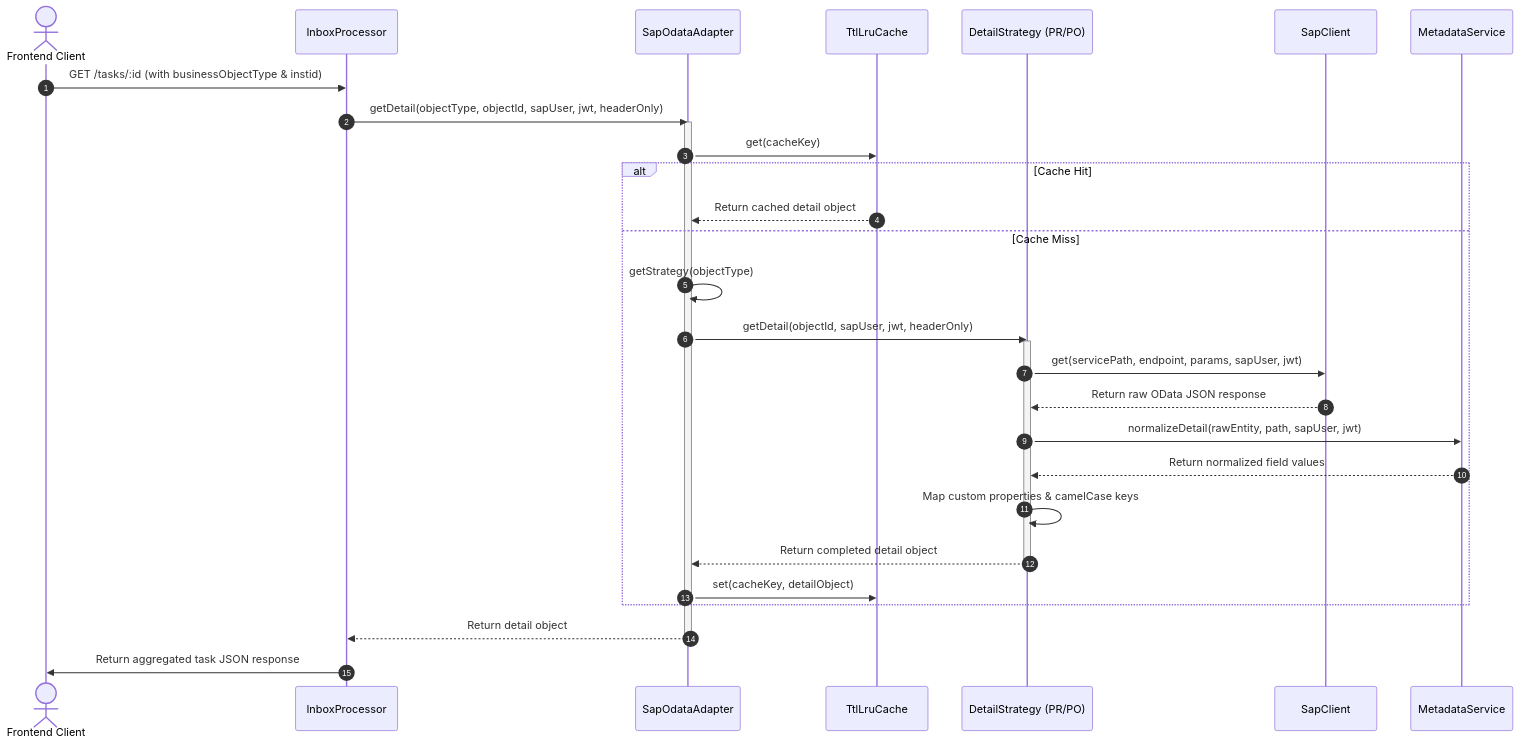
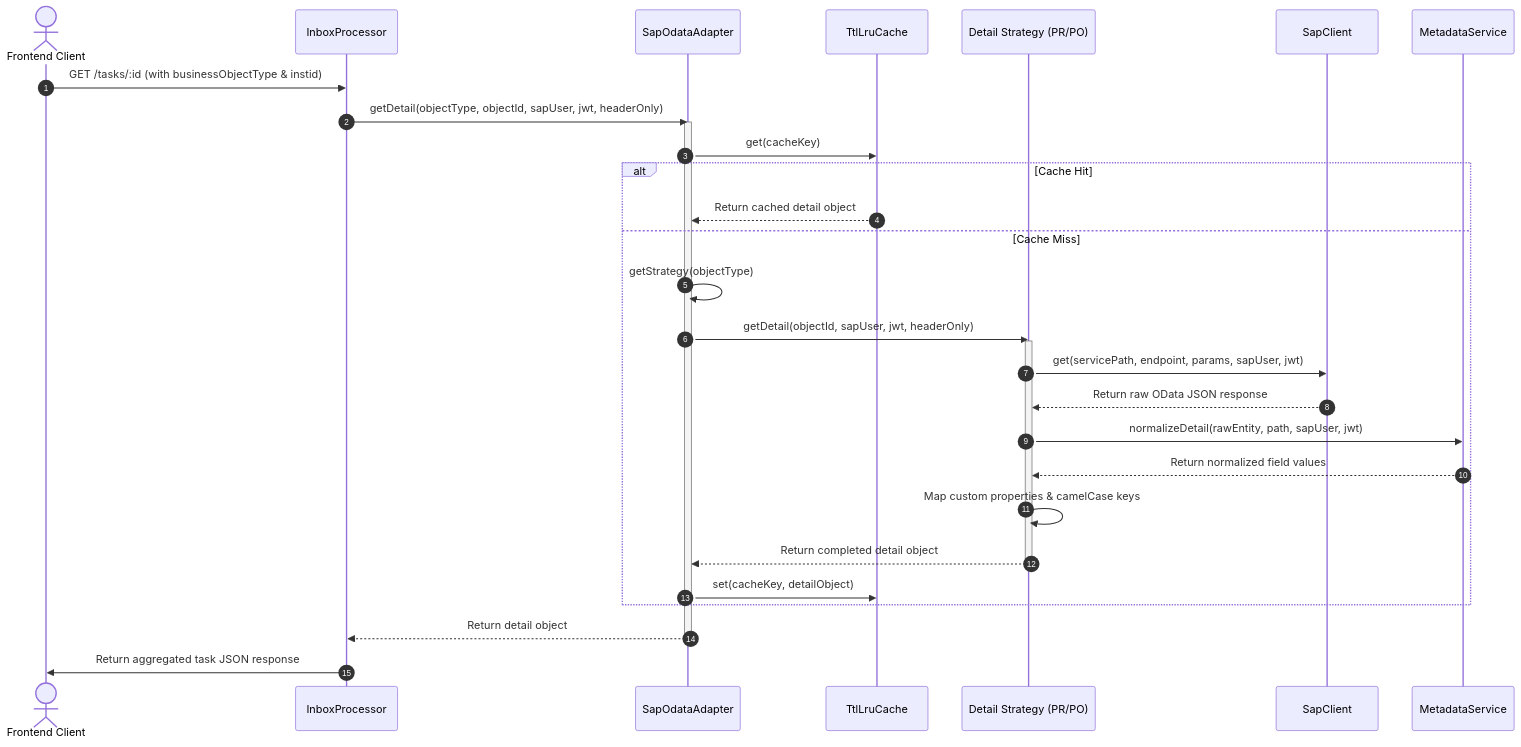
Before and after one commit to mindinh/approval-app: the second of 2 diagrams in docs/technical/01-architecture/01-overview.md, drawn with Mermaid. The commit also changed other lines of this file and 16 other files, not shown here.

````diff
--- a/docs/technical/01-architecture/01-overview.md
+++ b/docs/technical/01-architecture/01-overview.md
@@ -67,40 +67,40 @@
 ```mermaid
 sequenceDiagram
     autonumber
     actor Client as Frontend Client
     participant Processor as InboxProcessor
     participant Adapter as SapOdataAdapter
     participant Cache as TtlLruCache
-    participant Strategy as DetailStrategy (PR/PO)
+    participant Strategy as Detail Strategy (PR/PO)
     participant ClientSDK as SapClient
     participant Meta as MetadataService
 
     Client->>Processor: GET /tasks/:id (with businessObjectType & instid)
     Processor->>Adapter: getDetail(objectType, objectId, sapUser, jwt, headerOnly)
     
     activate Adapter
     Adapter->>Cache: get(cacheKey)
     alt Cache Hit
         Cache-->>Adapter: Return cached detail object
     else Cache Miss
         Adapter->>Adapter: getStrategy(objectType)
         Adapter->>Strategy: getDetail(objectId, sapUser, jwt, headerOnly)
         activate Strategy
         
         Strategy->>ClientSDK: get(servicePath, endpoint, params, sapUser, jwt)
         ClientSDK-->>Strategy: Return raw OData JSON response
         
         Strategy->>Meta: normalizeDetail(rawEntity, path, sapUser, jwt)
         Meta-->>Strategy: Return normalized field values
         
         Strategy->>Strategy: Map custom properties & camelCase keys
         Strategy-->>Adapter: Return completed detail object
         deactivate Strategy
         
         Adapter->>Cache: set(cacheKey, detailObject)
     end
     Adapter-->>Processor: Return detail object
     deactivate Adapter
     
     Processor->>Client: Return aggregated task JSON response
 ```
````
